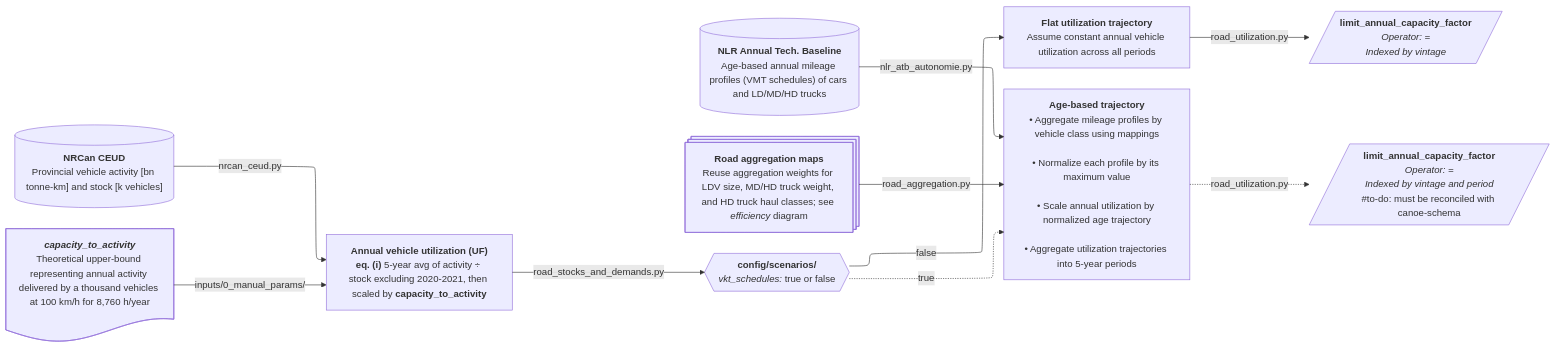
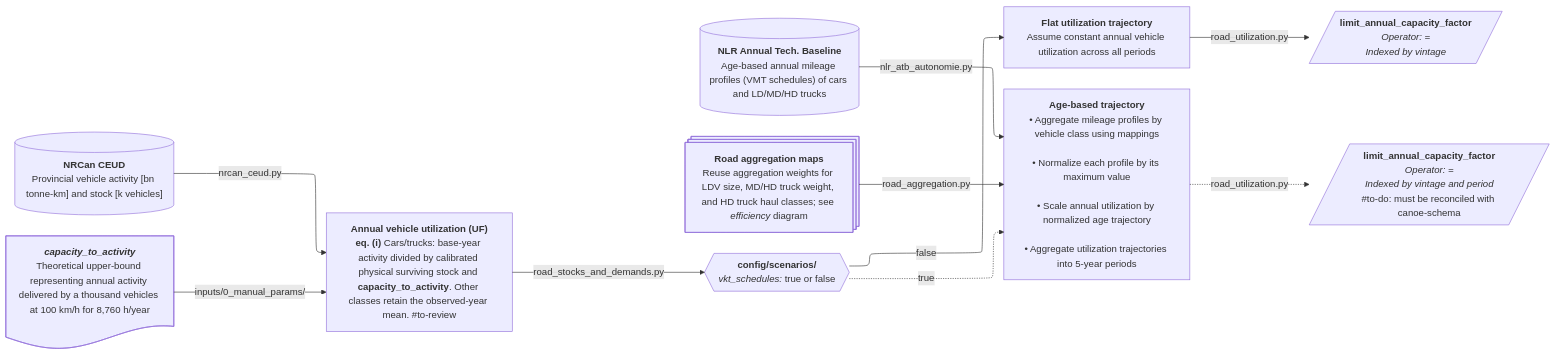
One commit to CANOE-main/canoe-transportation changed the fourth of 12 diagrams in docs/etl_flowcharts.md. Above: the diagram before and after it, drawn with Mermaid. The commit also changed other lines of this file and 198 other files, not shown here.

````diff
--- a/docs/etl_flowcharts.md
+++ b/docs/etl_flowcharts.md
@@ -226,58 +238,58 @@
 ```mermaid
 ---
 config:
   layout: elk
   flowchart:
     nodeSpacing: 35
     rankSpacing: 50
     wrappingWidth: 250
 ---
 flowchart LR
   %% ############ Sources ###########
   s0[("`**NRCan CEUD**
     Provincial vehicle activity [bn tonne-km] and stock [k vehicles]`")]
   s0_2@{shape: doc, label: "***capacity_to_activity***
     Theoretical upper-bound representing annual activity delivered by a thousand vehicles at 100 km/h for 8,760 h/year"}
   s1[("`**NLR Annual Tech. Baseline**
     Age-based annual mileage profiles (VMT schedules) of cars and LD/MD/HD trucks`")]
   s2@{shape: processes, label: "**Road aggregation maps**
     Reuse aggregation weights for LDV size, MD/HD truck weight, and HD truck haul classes; see *efficiency* diagram"}
 
   %% ############ Processes ###########
   p0["`**Annual vehicle utilization (UF)**
-    **eq. (i)** 5-year avg of activity ÷ stock excluding 2020-2021, then scaled by **capacity_to_activity**`"]
+    **eq. (i)** Cars/trucks: base-year activity divided by calibrated physical surviving stock and **capacity_to_activity**. Other classes retain the observed-year mean. #to-review`"]
   s0 -- nrcan_ceud.py --> p0
   s0_2 -- inputs/0_manual_params/ --> p0
 
   p1@{shape: hex, label: "**config/scenarios/**
     *vkt_schedules:* true or false"}
   p0 -- road_stocks_and_demands.py --> p1
 
   p2["`**Flat utilization trajectory**
     Assume constant annual vehicle utilization across all periods`"]
   p1 -- false --> p2
 
   o1[/"`**limit_annual_capacity_factor**
     *Operator: =*
     *Indexed by vintage*`"/]
   p2 -- road_utilization.py --> o1
 
   p3["`**Age-based trajectory**
     • Aggregate mileage profiles by vehicle class using mappings<br>
     • Normalize each profile by its maximum value<br>
     • Scale annual utilization by normalized age trajectory<br>
     • Aggregate utilization trajectories into 5-year periods`"]
   p1 -. true .-> p3
   s1 -- nlr_atb_autonomie.py --> p3
   s2 -- road_aggregation.py --> p3
 
   o2[/"`**limit_annual_capacity_factor**
     *Operator: =*
     *Indexed by vintage and period*
     #to-do: must be reconciled with canoe-schema`"/]
   p3 -. "road_utilization.py" .-> o2
 
   %% --- Hyperlinks ---
   click s0 "https://oee.nrcan.gc.ca/corporate/statistics/neud/dpa/menus/trends/comprehensive_tables/list.cfm"
   click s1 "https://atb.nlr.gov/transportation/2024/data"
 ```
````
